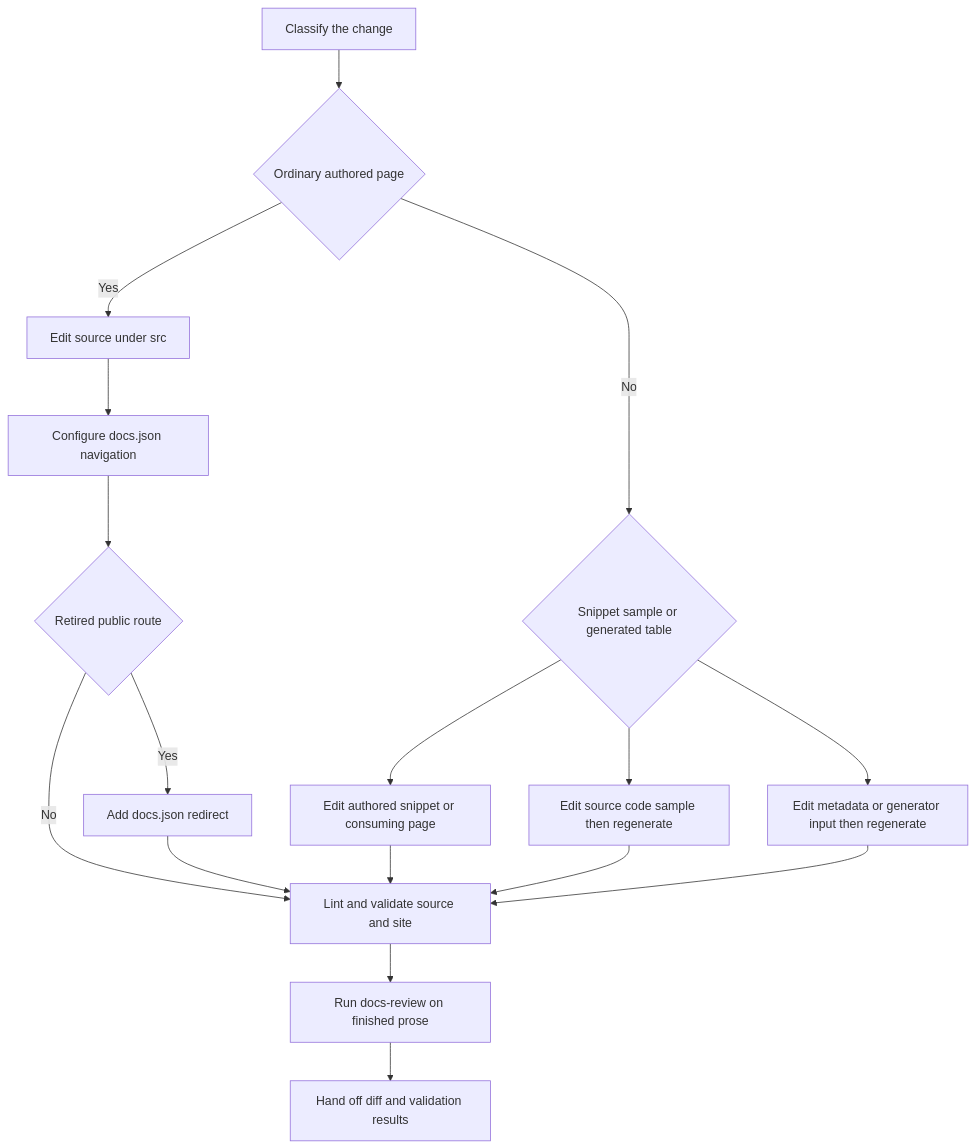
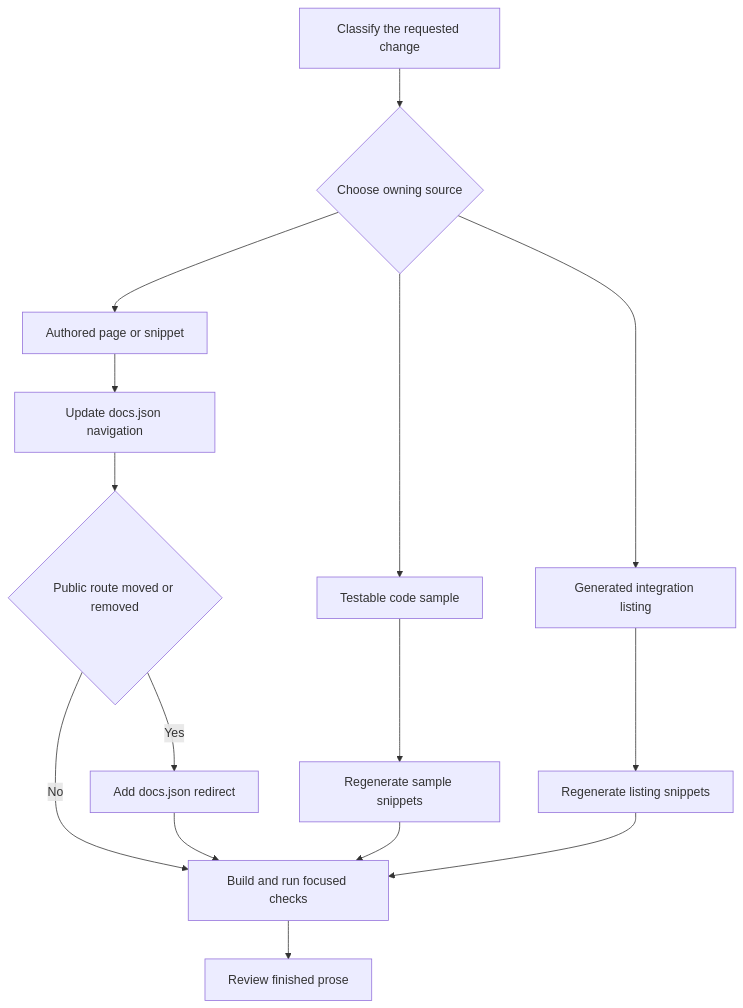
The diagram in openwiki/operations/adding-pages.md (langchain-ai/docs), drawn with Mermaid before and after one commit. The commit also changed other lines of this file and 20 other files, not shown here.

````diff
--- a/openwiki/operations/adding-pages.md
+++ b/openwiki/operations/adding-pages.md
@@ -53,19 +57,17 @@
 ```mermaid
 flowchart TD
-    Start["Classify the change"] --> Ordinary{"Ordinary authored page"}
-    Ordinary -->|"Yes"| Page["Edit source under src"]
-    Page --> Nav["Configure docs.json navigation"]
-    Nav --> Retired{"Retired public route"}
+    Start["Classify the requested change"] --> Owner{"Choose owning source"}
+    Owner --> Page["Authored page or snippet"]
+    Owner --> Sample["Testable code sample"]
+    Owner --> Listing["Generated integration listing"]
+    Page --> Navigation["Update docs.json navigation"]
+    Sample --> RegenerateSample["Regenerate sample snippets"]
+    Listing --> RegenerateListing["Regenerate listing snippets"]
+    Navigation --> Retired{"Public route moved or removed"}
     Retired -->|"Yes"| Redirect["Add docs.json redirect"]
-    Retired -->|"No"| Validate["Lint and validate source and site"]
+    Retired -->|"No"| Validate["Build and run focused checks"]
     Redirect --> Validate
-    Ordinary -->|"No"| Owner{"Snippet sample or generated table"}
-    Owner --> Snippet["Edit authored snippet or consuming page"]
-    Owner --> Sample["Edit source code sample then regenerate"]
-    Owner --> Table["Edit metadata or generator input then regenerate"]
-    Snippet --> Validate
-    Sample --> Validate
-    Table --> Validate
-    Validate --> Review["Run docs-review on finished prose"]
-    Review --> Handoff["Hand off diff and validation results"]
+    RegenerateSample --> Validate
+    RegenerateListing --> Validate
+    Validate --> Review["Review finished prose"]
 ```
````
